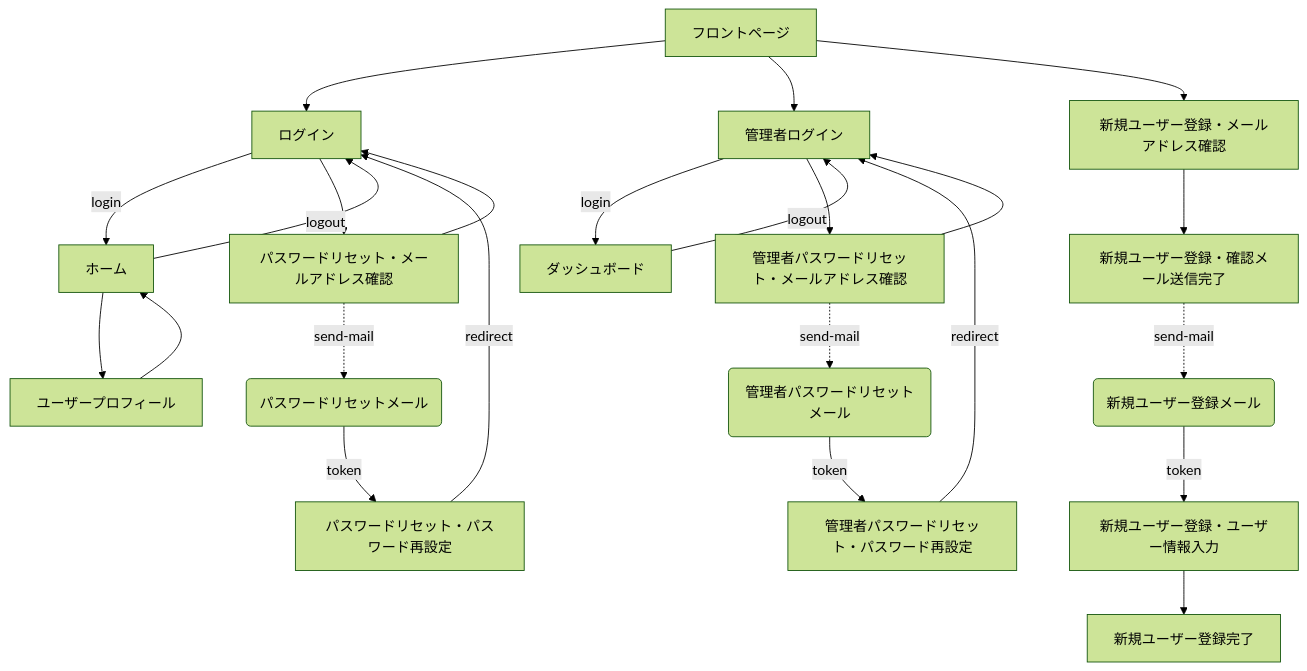
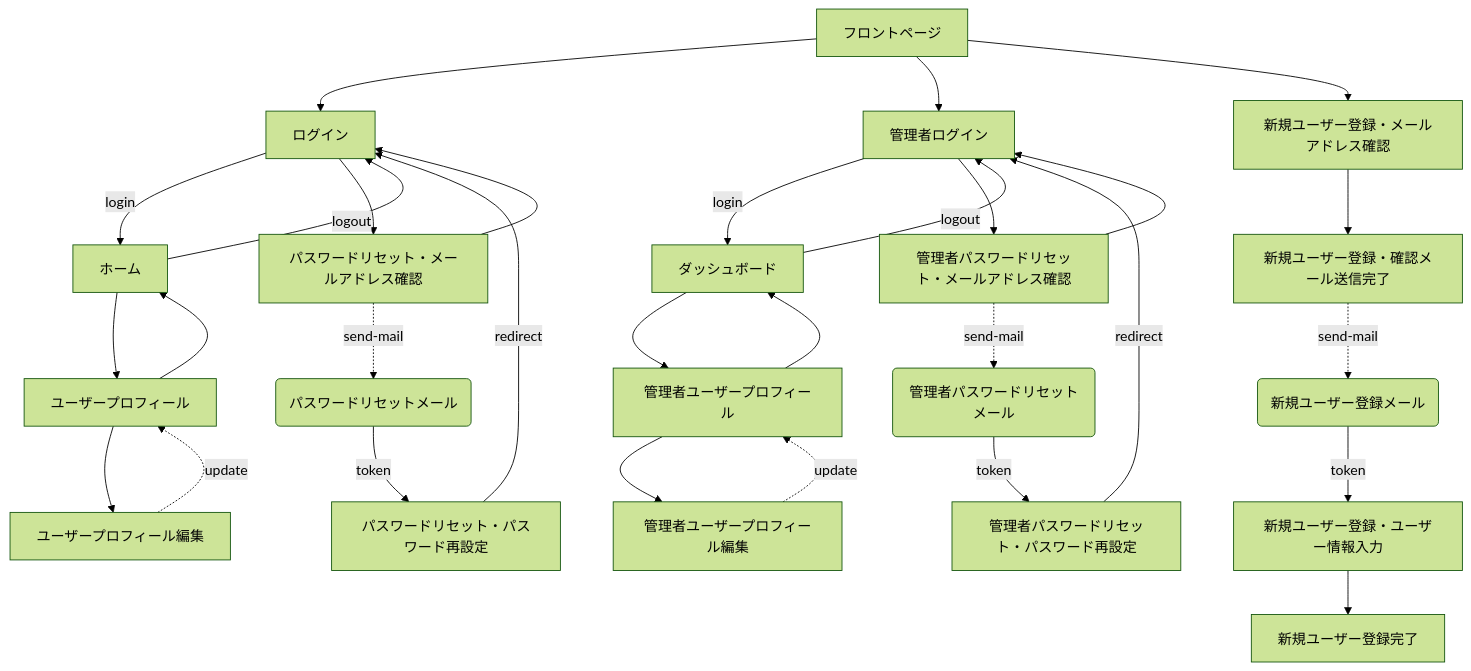
One commit to DesignSupply/startify-app changed the first of 2 diagrams in .cursor/rules/app-overview.mdc. Above: the diagram before and after it, drawn with Mermaid (forest theme). The commit also changed other lines of this file and 3 other files, not shown here.

````diff
--- a/.cursor/rules/app-overview.mdc
+++ b/.cursor/rules/app-overview.mdc
@@ -43,26 +46,32 @@
 ```mermaid
 flowchart TD
     frontpage[フロントページ] --> signin[ログイン]
     signin -- login -->  home[ホーム]
     home -- logout --> signin
     frontpage --> admin[管理者ログイン]
     admin -- login --> dashboard[ダッシュボード]
     dashboard -- logout --> admin
     signin --> password-forgot[パスワードリセット・メールアドレス確認]
     password-forgot -.-> |send-mail| mail-password-forgot(パスワードリセットメール)
     mail-password-forgot -- token --> password-reset[パスワードリセット・パスワード再設定]
     password-reset -- redirect --> signin
     password-forgot --> signin
     admin --> admin-password-forgot[管理者パスワードリセット・メールアドレス確認]
     admin-password-forgot -.-> |send-mail| mail-admin-password-forgot(管理者パスワードリセットメール)
     mail-admin-password-forgot -- token --> admin-password-reset[管理者パスワードリセット・パスワード再設定]
     admin-password-reset -- redirect --> admin
     admin-password-forgot --> admin
     frontpage --> signup[新規ユーザー登録・メールアドレス確認]
     signup --> signup-pending[新規ユーザー登録・確認メール送信完了]
     signup-pending -.-> |send-mail| mail-signup(新規ユーザー登録メール)
     mail-signup -- token --> signup-register[新規ユーザー登録・ユーザー情報入力]
     signup-register --> signup-complete[新規ユーザー登録完了]
     home --> profile[ユーザープロフィール]
     profile --> home
+    profile --> profile-edit[ユーザープロフィール編集]
+    profile-edit -.-> |update| profile
+    dashboard --> admin-profile[管理者ユーザープロフィール]
+    admin-profile --> dashboard
+    admin-profile --> admin-profile-edit[管理者ユーザープロフィール編集]
+    admin-profile-edit -.-> |update| admin-profile
 ```
````
